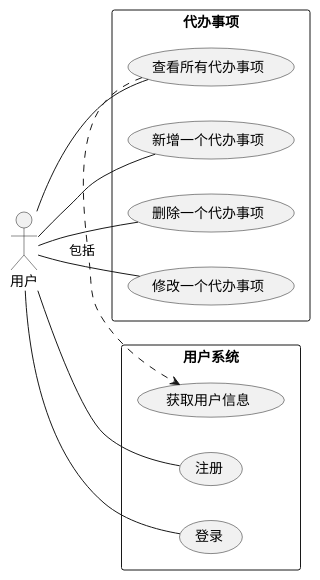
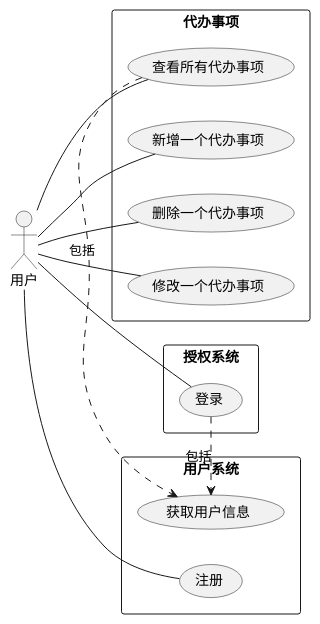
The first of 2 diagrams in docs/README.md (ringoyungpo/to-do-list), drawn with PlantUML before and after one commit. The commit also changed other lines of this file, not shown here.

Commit message:
add micro services picture

```diff
--- a/docs/README.md
+++ b/docs/README.md
@@ -25,22 +25,26 @@
 @startuml
 left to right direction
 skinparam packageStyle rectangle
 
 :用户:
 
 rectangle 代办事项 {
 用户 -- (新增一个代办事项)
 用户 -- (删除一个代办事项)
 用户 -- (修改一个代办事项)
 用户 -- (查看所有代办事项)
 }
 
+rectangle 授权系统 {
+用户 -- (登录)
+}
+
 rectangle 用户系统 {
 用户 -- (注册)
-用户 -- (登录)
 (获取用户信息)
 }
 
 (查看所有代办事项) .> (获取用户信息): 包括
+(登录) .> (获取用户信息): 包括
 
 @enduml
```
